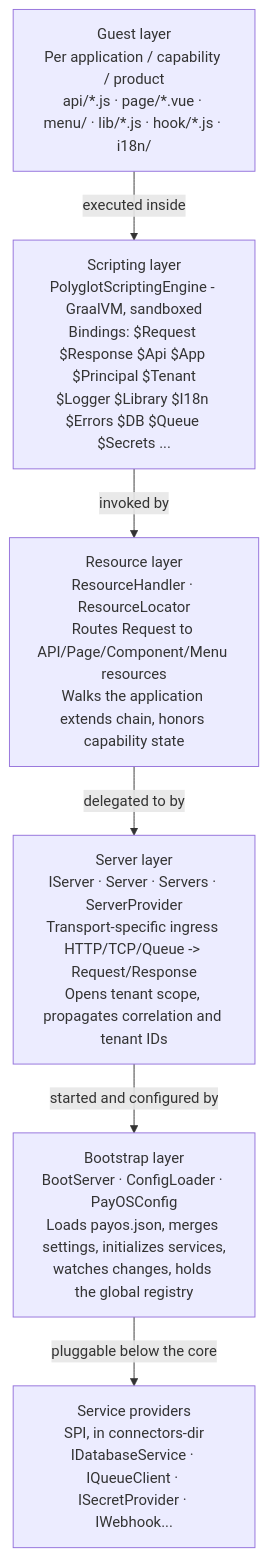
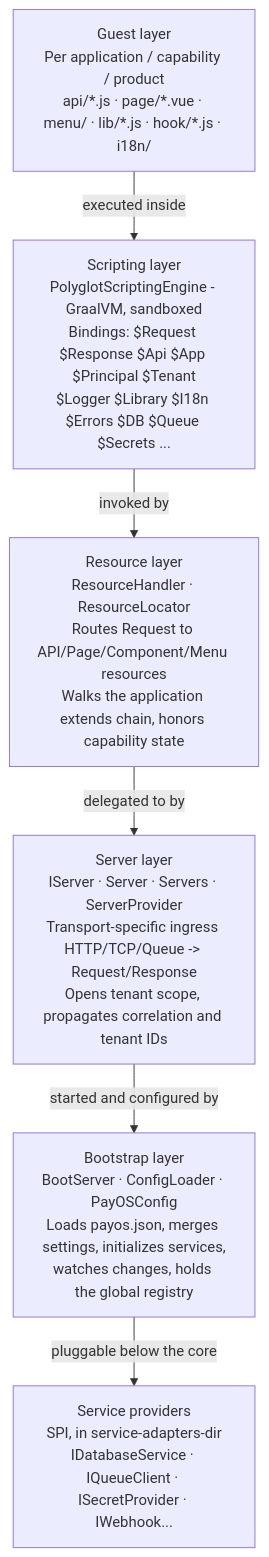
One commit to asebban/payos-docs changed the diagram in architecture/platform-architecture.md. Above: the diagram before and after it, drawn with Mermaid. The commit also changed 48 other files, not shown here.

````diff
--- a/architecture/platform-architecture.md
+++ b/architecture/platform-architecture.md
@@ -29,15 +29,15 @@
 ```mermaid
 flowchart TD
   guest["Guest layer<br/>Per application / capability / product<br/>api/*.js · page/*.vue · menu/ · lib/*.js · hook/*.js · i18n/"]
   scripting["Scripting layer<br/>PolyglotScriptingEngine - GraalVM, sandboxed<br/>Bindings: $Request $Response $Api $App $Principal $Tenant<br/>$Logger $Library $I18n $Errors $DB $Queue $Secrets ..."]
   resource["Resource layer<br/>ResourceHandler · ResourceLocator<br/>Routes Request to API/Page/Component/Menu resources<br/>Walks the application extends chain, honors capability state"]
   server["Server layer<br/>IServer · Server · Servers · ServerProvider<br/>Transport-specific ingress HTTP/TCP/Queue -> Request/Response<br/>Opens tenant scope, propagates correlation and tenant IDs"]
   bootstrap["Bootstrap layer<br/>BootServer · ConfigLoader · PayOSConfig<br/>Loads payos.json, merges settings, initializes services,<br/>watches changes, holds the global registry"]
-  services["Service providers<br/>SPI, in connectors-dir<br/>IDatabaseService · IQueueClient · ISecretProvider · IWebhook..."]
+  services["Service providers<br/>SPI, in service-adapters-dir<br/>IDatabaseService · IQueueClient · ISecretProvider · IWebhook..."]
 
   guest -->|executed inside| scripting
   scripting -->|invoked by| resource
   resource -->|delegated to by| server
   server -->|started and configured by| bootstrap
   bootstrap -->|pluggable below the core| services
 ```
````
